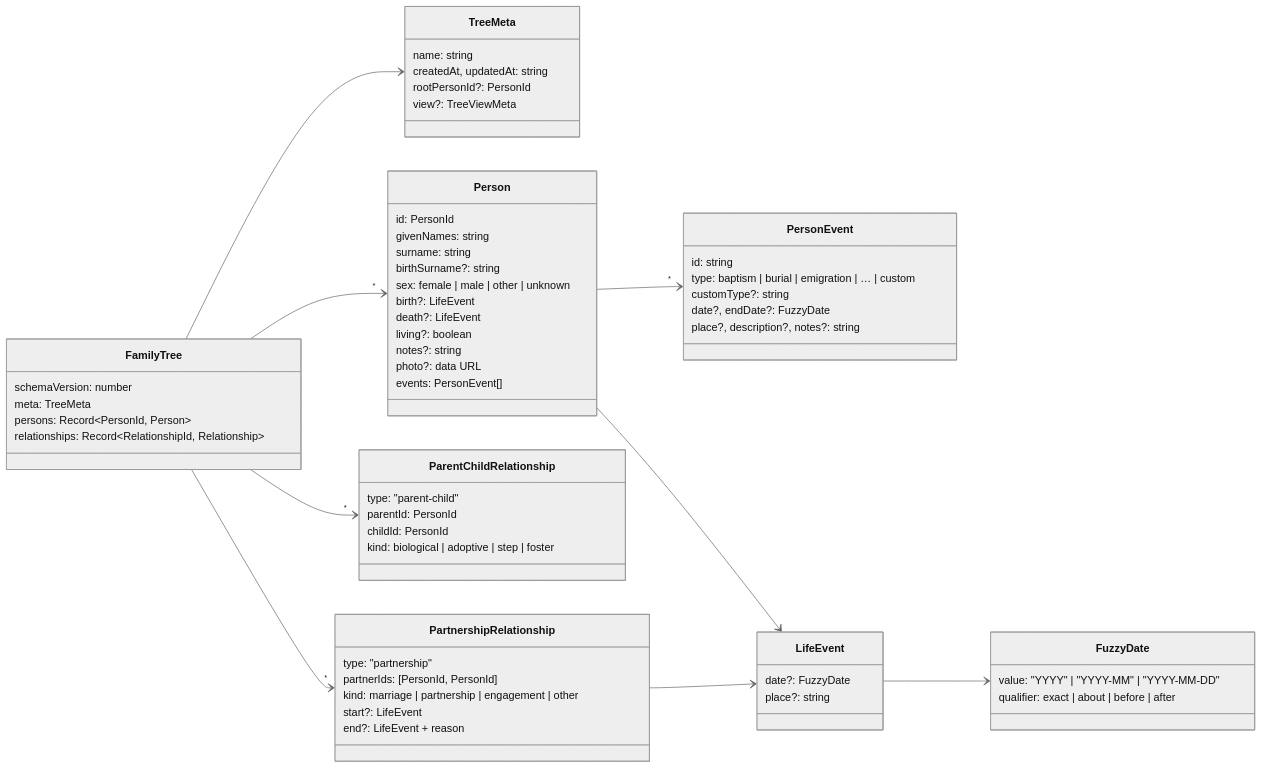
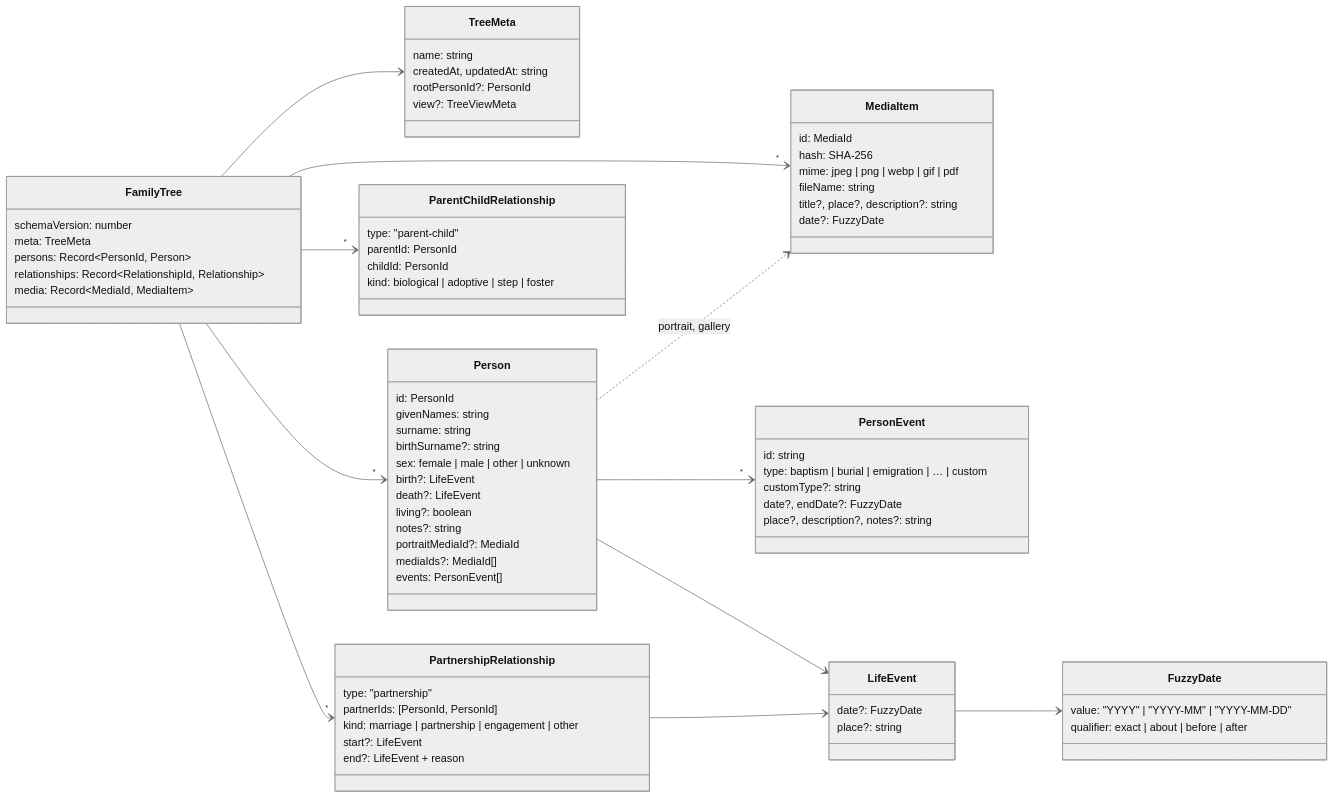
One commit to K-u-r-c/family-insight changed the diagram in docs/developer/domain-model.md. Above: the diagram before and after it, drawn with Mermaid (neutral theme). The commit also changed other lines of this file and 56 other files, not shown here.

First line of the commit message:
feat(file): media library in a zip .finsight container (schema 3)

````diff
--- a/docs/developer/domain-model.md
+++ b/docs/developer/domain-model.md
@@ -11,65 +11,77 @@
 ```mermaid
 classDiagram
   direction LR
   class FamilyTree {
     schemaVersion: number
     meta: TreeMeta
     persons: Record~PersonId, Person~
     relationships: Record~RelationshipId, Relationship~
+    media: Record~MediaId, MediaItem~
   }
   class TreeMeta {
     name: string
     createdAt, updatedAt: string
     rootPersonId?: PersonId
     view?: TreeViewMeta
   }
   class Person {
     id: PersonId
     givenNames: string
     surname: string
     birthSurname?: string
     sex: female | male | other | unknown
     birth?: LifeEvent
     death?: LifeEvent
     living?: boolean
     notes?: string
-    photo?: data URL
+    portraitMediaId?: MediaId
+    mediaIds?: MediaId[]
     events: PersonEvent[]
+  }
+  class MediaItem {
+    id: MediaId
+    hash: SHA-256
+    mime: jpeg | png | webp | gif | pdf
+    fileName: string
+    title?, place?, description?: string
+    date?: FuzzyDate
   }
   class PersonEvent {
     id: string
     type: baptism | burial | emigration | … | custom
     customType?: string
     date?, endDate?: FuzzyDate
     place?, description?, notes?: string
   }
   class ParentChildRelationship {
     type: "parent-child"
     parentId: PersonId
     childId: PersonId
     kind: biological | adoptive | step | foster
   }
   class PartnershipRelationship {
     type: "partnership"
     partnerIds: [PersonId, PersonId]
     kind: marriage | partnership | engagement | other
     start?: LifeEvent
     end?: LifeEvent + reason
   }
   class LifeEvent {
     date?: FuzzyDate
     place?: string
   }
   class FuzzyDate {
     value: "YYYY" | "YYYY-MM" | "YYYY-MM-DD"
     qualifier: exact | about | before | after
   }
   FamilyTree --> TreeMeta
   FamilyTree --> "*" Person
   FamilyTree --> "*" ParentChildRelationship
   FamilyTree --> "*" PartnershipRelationship
   Person --> LifeEvent
   Person --> "*" PersonEvent
+  FamilyTree --> "*" MediaItem
+  Person ..> MediaItem : portrait, gallery
   PartnershipRelationship --> LifeEvent
   LifeEvent --> FuzzyDate
 ```
````
